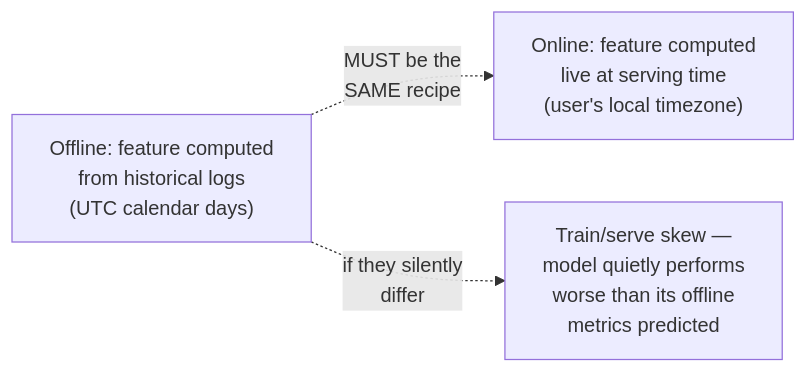
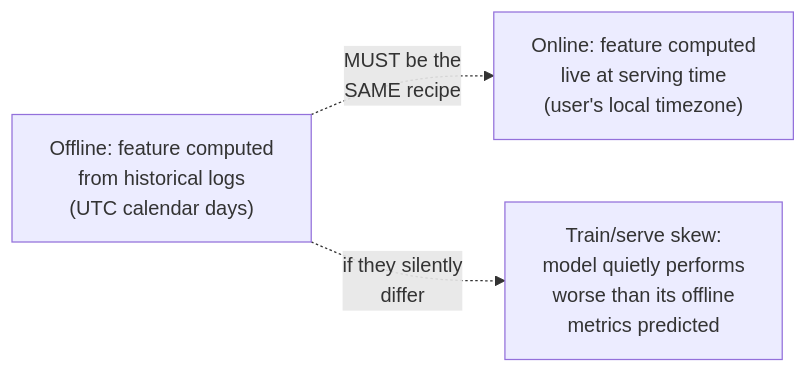
The eighth of 15 diagrams in system-design/HLD/0-course/59-Design-a-Recommendation-Engine-Netflix-YouTube-FAANG-Guide-story.md (riyaz-pasha/Learnings), drawn with Mermaid before and after one commit. The commit also changed other lines of this file and 1 other file, not shown here.

Commit message:
[REWRITE] Recommendation Engine story guide: simplify prose, add structure, fix diagrams

````diff
--- a/system-design/HLD/0-course/59-Design-a-Recommendation-Engine-Netflix-YouTube-FAANG-Guide-story.md
+++ b/system-design/HLD/0-course/59-Design-a-Recommendation-Engine-Netflix-YouTube-FAANG-Guide-story.md
@@ -166,5 +381,5 @@
 ```mermaid
 flowchart LR
-    A["Offline: feature computed\nfrom historical logs\n(UTC calendar days)"] -.->|"MUST be the\nSAME recipe"| B["Online: feature computed\nlive at serving time\n(user's local timezone)"]
-    A -.->|"if they silently\ndiffer"| C["Train/serve skew —\nmodel quietly performs\nworse than its offline\nmetrics predicted"]
+    A["Offline: feature computed<br/>from historical logs<br/>(UTC calendar days)"] -.->|"MUST be the<br/>SAME recipe"| B["Online: feature computed<br/>live at serving time<br/>(user's local timezone)"]
+    A -.->|"if they silently<br/>differ"| C["Train/serve skew:<br/>model quietly performs<br/>worse than its offline<br/>metrics predicted"]
 ```
````
